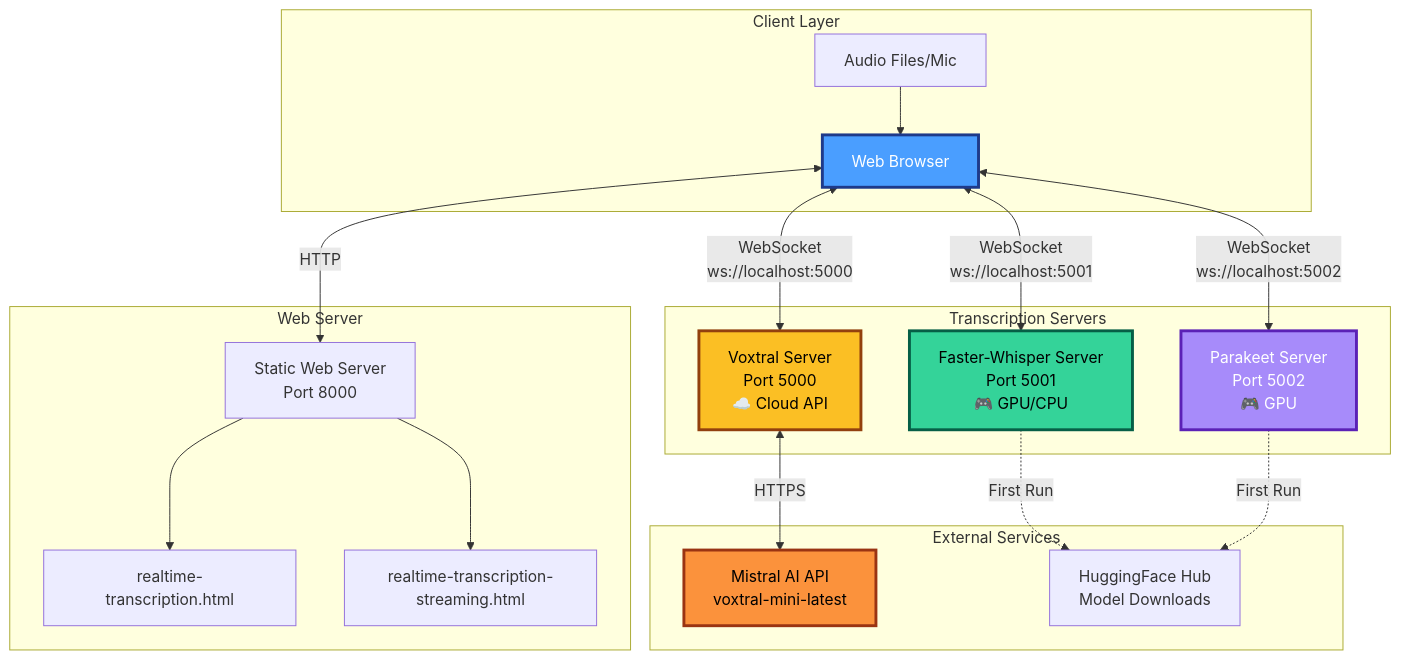
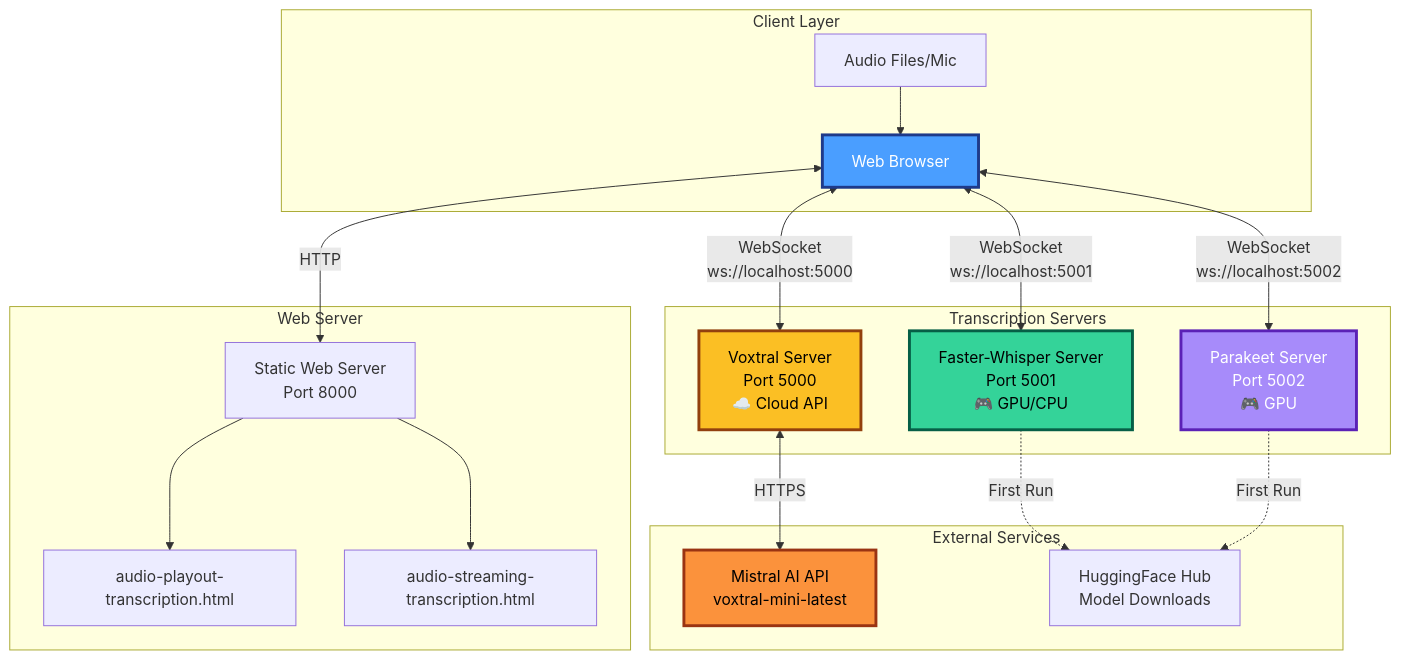
One commit to gjovanov/speech2text changed the diagram in assets/system-architecture.mmd. Above: the diagram before and after it, drawn with Mermaid. The commit also changed 26 other files, not shown here.

```diff
--- a/assets/system-architecture.mmd
+++ b/assets/system-architecture.mmd
@@ -1,41 +1,41 @@
 graph TB
     subgraph "Client Layer"
         Browser[Web Browser]
         Audio[Audio Files/Mic]
     end
 
     subgraph "Web Server"
         WebUI[Static Web Server<br/>Port 8000]
-        HTML1[realtime-transcription.html]
-        HTML2[realtime-transcription-streaming.html]
+        HTML1[audio-playout-transcription.html]
+        HTML2[audio-streaming-transcription.html]
     end
 
     subgraph "Transcription Servers"
         Voxtral[Voxtral Server<br/>Port 5000<br/>☁️ Cloud API]
         Whisper[Faster-Whisper Server<br/>Port 5001<br/>🎮 GPU/CPU]
         Parakeet[Parakeet Server<br/>Port 5002<br/>🎮 GPU]
     end
 
     subgraph "External Services"
         MistralAPI[Mistral AI API<br/>voxtral-mini-latest]
         HuggingFace[HuggingFace Hub<br/>Model Downloads]
     end
 
     Audio --> Browser
     Browser <-->|HTTP| WebUI
     WebUI --> HTML1
     WebUI --> HTML2
 
     Browser <-->|WebSocket<br/>ws://localhost:5000| Voxtral
     Browser <-->|WebSocket<br/>ws://localhost:5001| Whisper
     Browser <-->|WebSocket<br/>ws://localhost:5002| Parakeet
 
     Voxtral <-->|HTTPS| MistralAPI
     Whisper -.->|First Run| HuggingFace
     Parakeet -.->|First Run| HuggingFace
 
     style Browser fill:#4a9eff,stroke:#1e3a8a,stroke-width:3px,color:#fff
     style Voxtral fill:#fbbf24,stroke:#92400e,stroke-width:3px,color:#000
     style Whisper fill:#34d399,stroke:#065f46,stroke-width:3px,color:#000
     style Parakeet fill:#a78bfa,stroke:#5b21b6,stroke-width:3px,color:#fff
     style MistralAPI fill:#fb923c,stroke:#9a3412,stroke-width:3px,color:#000
```
